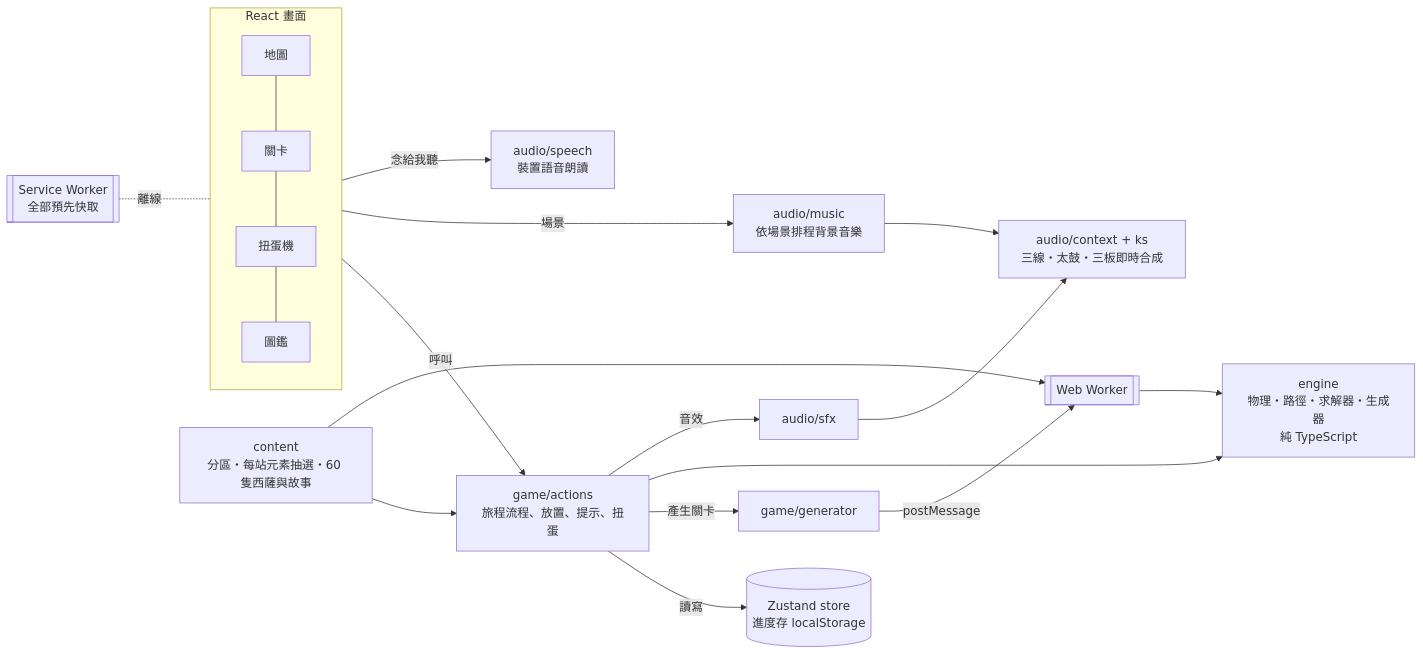
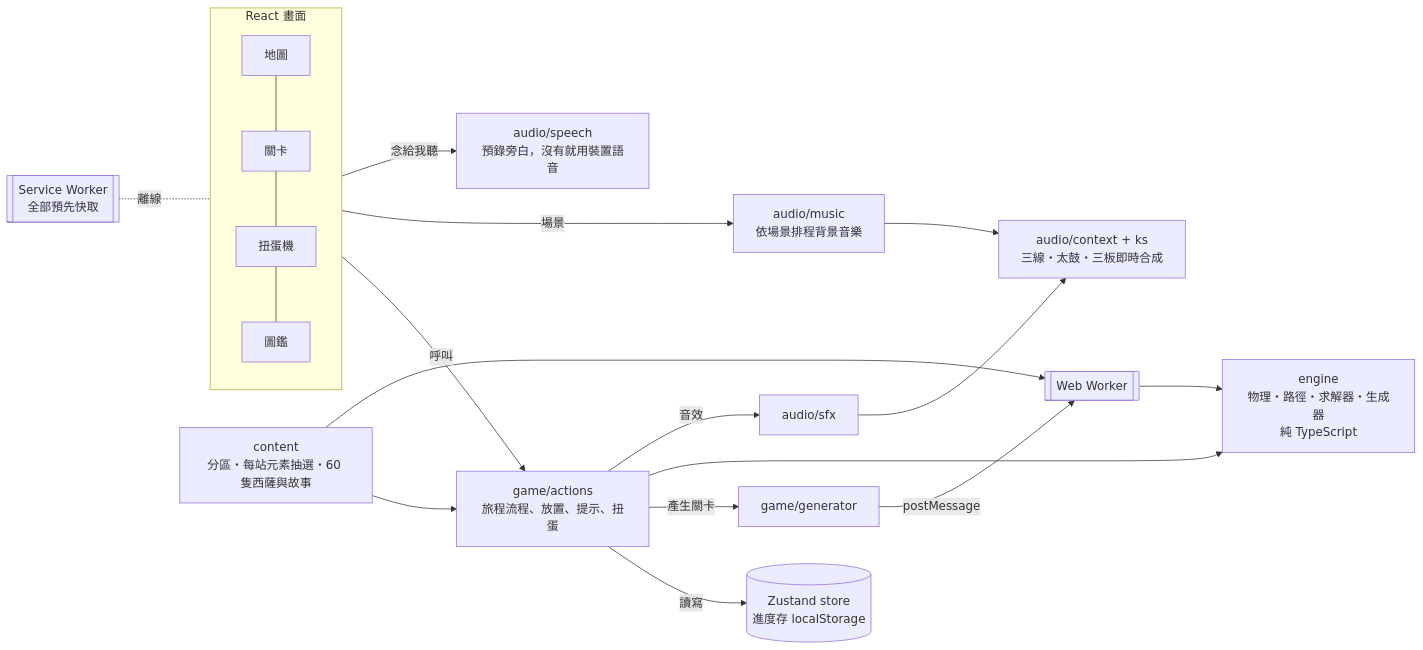
One commit to AaronChuo/shisa-reunion changed the diagram in docs/README.md. Above: the diagram before and after it, drawn with Mermaid. The commit also changed other lines of this file and 10 other files, not shown here.

````diff
--- a/docs/README.md
+++ b/docs/README.md
@@ -37,20 +37,20 @@
 ```mermaid
 flowchart LR
   subgraph UI[React 畫面]
     Home[地圖] --- Play[關卡] --- Gacha[扭蛋機] --- Dex[圖鑑]
   end
   UI -->|呼叫| Actions[game/actions<br/>旅程流程、放置、提示、扭蛋]
   Actions -->|讀寫| Store[(Zustand store<br/>進度存 localStorage)]
   Actions -->|產生關卡| Client[game/generator]
   Client -->|postMessage| Worker[[Web Worker]]
   Worker --> Engine[engine<br/>物理・路徑・求解器・生成器<br/>純 TypeScript]
   Actions --> Engine
   Content[content<br/>分區・每站元素抽選・60 隻西薩與故事] --> Actions
   UI -->|場景| Music[audio/music<br/>依場景排程背景音樂]
   Actions -->|音效| Sfx[audio/sfx]
-  UI -->|念給我聽| Speech[audio/speech<br/>裝置語音朗讀]
+  UI -->|念給我聽| Speech[audio/speech<br/>預錄旁白，沒有就用裝置語音]
   Music --> Synth[audio/context + ks<br/>三線・太鼓・三板即時合成]
   Sfx --> Synth
   Content --> Worker
   SW[[Service Worker<br/>全部預先快取]] -.離線.- UI
 ```
````
